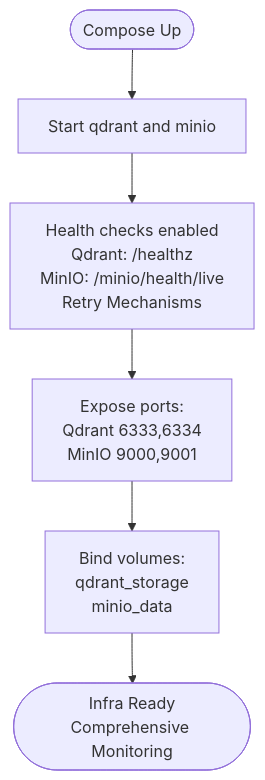
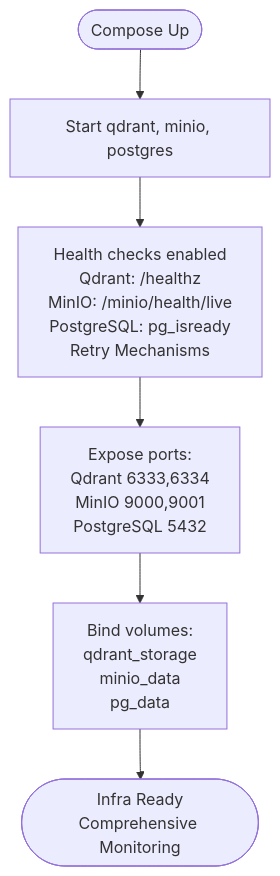
Diagram 13 of 16 in .qoder/repowiki/en/content/Deployment and Operations.md (ognelis/cafetera_hr_bot), drawn with Mermaid before and after one commit. The commit also changed other lines of this file and 13 other files, not shown here.

````diff
--- a/.qoder/repowiki/en/content/Deployment and Operations.md
+++ b/.qoder/repowiki/en/content/Deployment and Operations.md
@@ -539,8 +591,8 @@
 ```mermaid
 flowchart TD
-Start(["Compose Up"]) --> Services["Start qdrant and minio"]
-Services --> Health["Health checks enabled<br/>Qdrant: /healthz<br/>MinIO: /minio/health/live<br/>Retry Mechanisms"]
-Health --> Ports["Expose ports:<br/>Qdrant 6333,6334<br/>MinIO 9000,9001"]
-Ports --> Volumes["Bind volumes:<br/>qdrant_storage<br/>minio_data"]
+Start(["Compose Up"]) --> Services["Start qdrant, minio, postgres"]
+Services --> Health["Health checks enabled<br/>Qdrant: /healthz<br/>MinIO: /minio/health/live<br/>PostgreSQL: pg_isready<br/>Retry Mechanisms"]
+Health --> Ports["Expose ports:<br/>Qdrant 6333,6334<br/>MinIO 9000,9001<br/>PostgreSQL 5432"]
+Ports --> Volumes["Bind volumes:<br/>qdrant_storage<br/>minio_data<br/>pg_data"]
 Volumes --> Ready(["Infra Ready<br/>Comprehensive Monitoring"])
 ```
````
